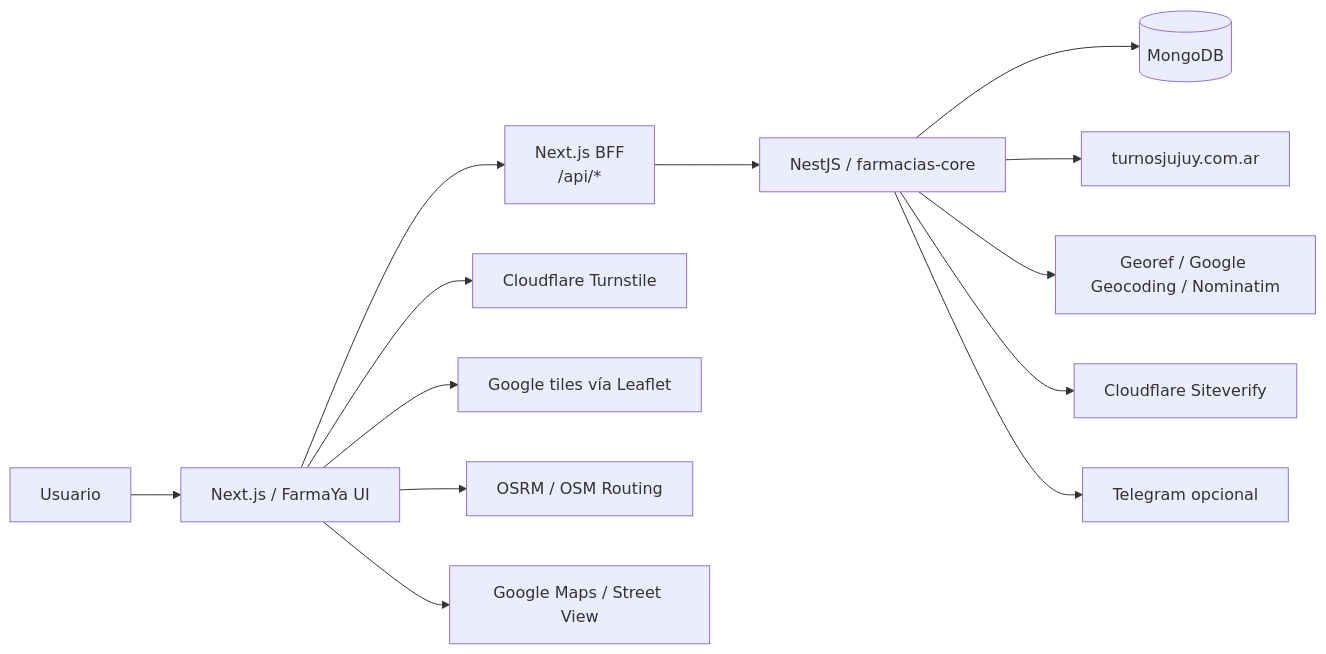
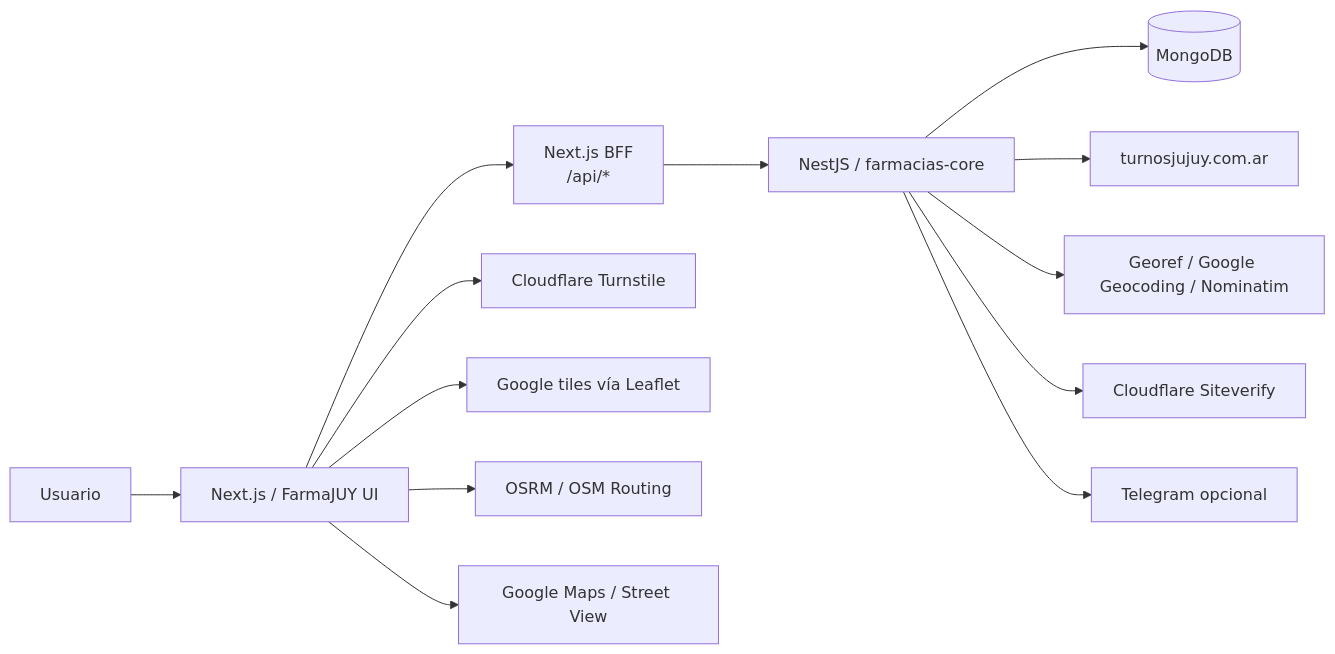
One commit to duiliomamani/ar.farmacias-ui changed the first of 9 diagrams in docs/ARQUITECTURA.md. Above: the diagram before and after it, drawn with Mermaid. The commit also changed other lines of this file and 5 other files, not shown here.

Commit message:
fix: update references from FarmaYa AR to FarmaJUY in documentation and UI components

````diff
--- a/docs/ARQUITECTURA.md
+++ b/docs/ARQUITECTURA.md
@@ -16,15 +16,15 @@
 ```mermaid
 flowchart LR
-    U[Usuario] --> UI[Next.js / FarmaYa UI]
+    U[Usuario] --> UI[Next.js / FarmaJUY UI]
     UI --> BFF[Next.js BFF\n/api/*]
     BFF --> CORE[NestJS / farmacias-core]
     CORE --> DB[(MongoDB)]
     CORE --> TJ[turnosjujuy.com.ar]
     CORE --> GEO[Georef / Google Geocoding / Nominatim]
     UI --> CF[Cloudflare Turnstile]
     CORE --> CFV[Cloudflare Siteverify]
     CORE --> TG[Telegram opcional]
     UI --> MAP[Google tiles vía Leaflet]
     UI --> ROUTE[OSRM / OSM Routing]
     UI --> GM[Google Maps / Street View]
 ```
````
